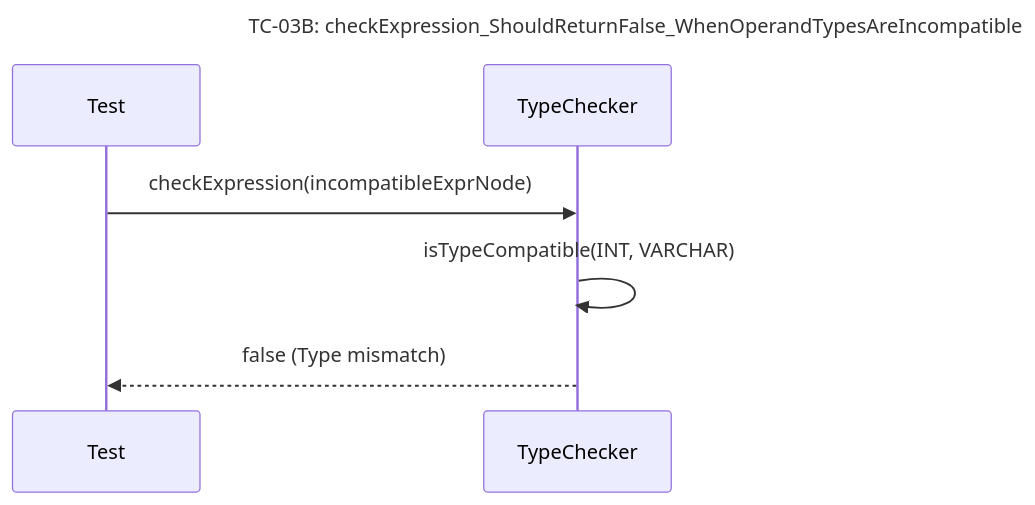
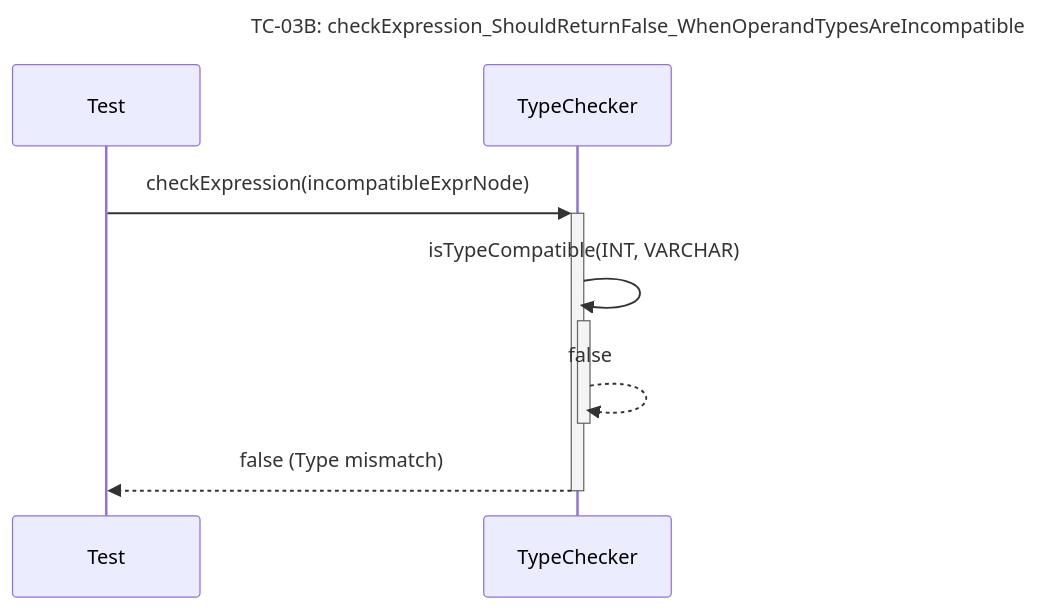
Before and after one commit to Dikhang1112/Database_Management_BBV: diagram 15 of 30 in docs/unit_test/query_prossor/SequeceTestCase.md, drawn with Mermaid. The commit also changed other lines of this file and 12 other files, not shown here.

Commit message:
Refactor sequece diagram

````diff
--- a/docs/unit_test/query_prossor/SequeceTestCase.md
+++ b/docs/unit_test/query_prossor/SequeceTestCase.md
@@ -218,10 +225,11 @@
 ```mermaid
 sequenceDiagram
     title TC-03B: checkExpression_ShouldReturnFalse_WhenOperandTypesAreIncompatible
     participant Test
     participant TypeChecker
 
-    Test->>TypeChecker: checkExpression(incompatibleExprNode)
-    TypeChecker->>TypeChecker: isTypeCompatible(INT, VARCHAR)
-    TypeChecker-->>Test: false (Type mismatch)
+    Test->>+TypeChecker: checkExpression(incompatibleExprNode)
+    TypeChecker->>+TypeChecker: isTypeCompatible(INT, VARCHAR)
+    TypeChecker-->>-TypeChecker: false
+    TypeChecker-->>-Test: false (Type mismatch)
 ```
````
